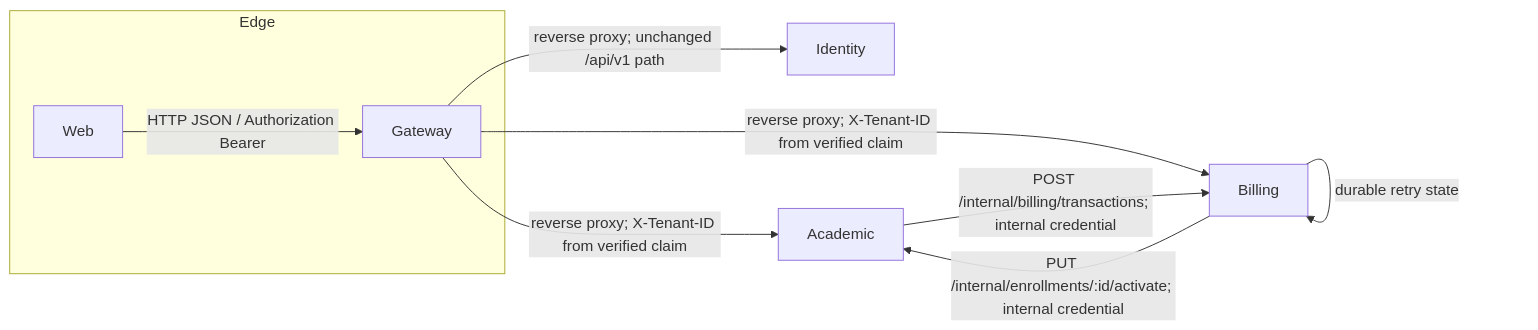
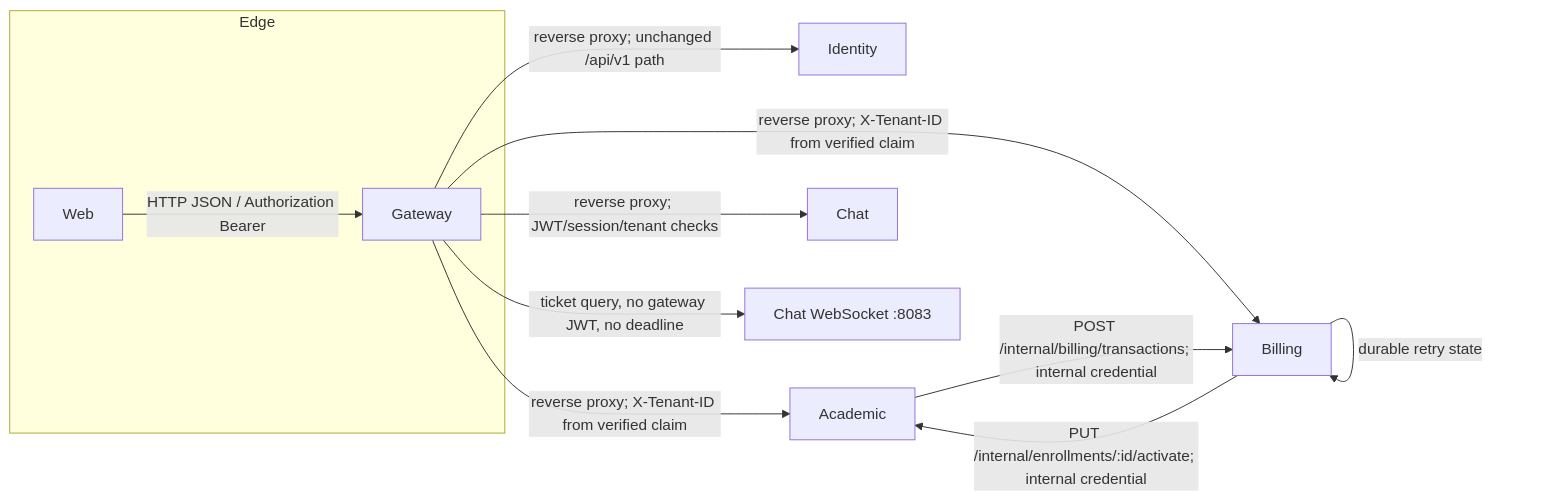
Before and after one commit to kelolakelas/kelolakelas-docs: the diagram in docs/02-architecture.md, drawn with Mermaid. The commit also changed other lines of this file and 15 other files, not shown here.

First line of the commit message:
KEL-122: document gateway chat REST + WebSocket forwarding (ADR 0048) (#121)

````diff
--- a/docs/02-architecture.md
+++ b/docs/02-architecture.md
@@ -14,12 +14,14 @@
 ```mermaid
 flowchart LR
   subgraph Edge
     Web -->|HTTP JSON / Authorization Bearer| Gateway
   end
   Gateway -->|reverse proxy; unchanged /api/v1 path| Identity
   Gateway -->|reverse proxy; X-Tenant-ID from verified claim| Academic
   Gateway -->|reverse proxy; X-Tenant-ID from verified claim| Billing
+  Gateway -->|reverse proxy; JWT/session/tenant checks| Chat
+  Gateway -->|ticket query, no gateway JWT, no deadline| ChatWS[Chat WebSocket :8083]
   Academic -->|POST /internal/billing/transactions; internal credential| Billing
   Billing -->|PUT /internal/enrollments/:id/activate; internal credential| Academic
   Billing -->|durable retry state| Billing
 ```
````
